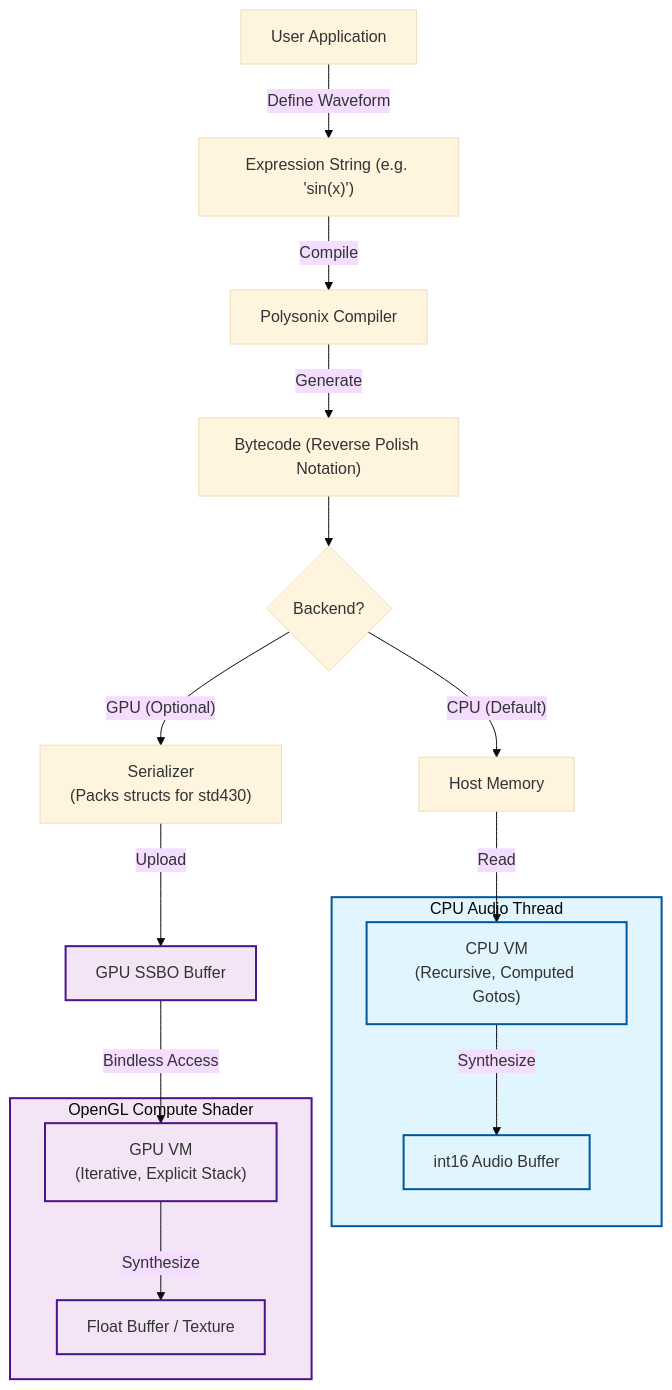
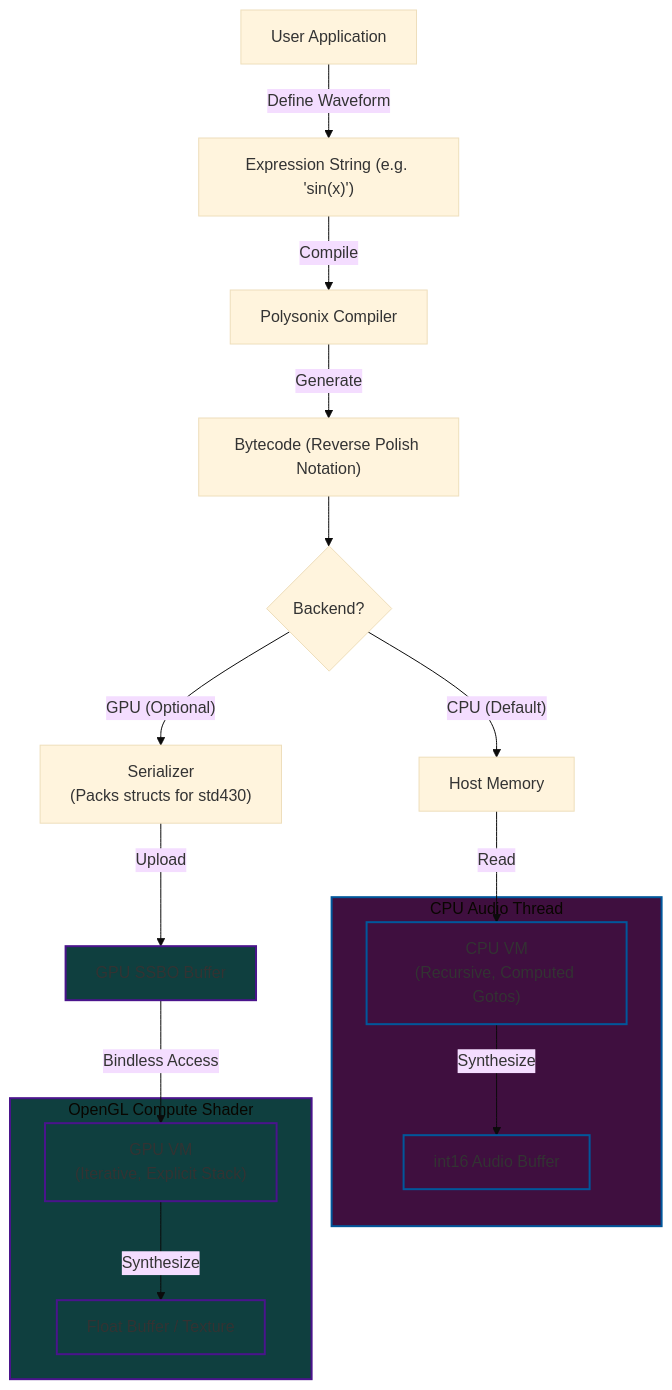
Before and after one commit to jmorel33/polysonix: the diagram in README.md, drawn with Mermaid (base theme).

Commit message:
Modify CPU and GPU class colors in README
Updated color definitions for CPU and GPU styling.

````diff
--- a/README.md
+++ b/README.md
@@ -62,31 +62,31 @@
 ```mermaid
 flowchart TD
     %% Common Frontend
     App[User Application] -->|Define Waveform| Expr["Expression String (e.g. 'sin(x)')"]
     Expr -->|Compile| Compiler[Polysonix Compiler]
     Compiler -->|Generate| Bytecode["Bytecode (Reverse Polish Notation)"]
 
     %% Split
     Bytecode --> Decision{Backend?}
 
     %% CPU Path
     Decision -->|"CPU (Default)"| CPU_Mem[Host Memory]
     CPU_Mem -->|Read| CPU_VM["CPU VM\n(Recursive, Computed Gotos)"]
     subgraph CPU_Execution [CPU Audio Thread]
         CPU_VM -->|Synthesize| CPU_Out[int16 Audio Buffer]
     end
 
     %% GPU Path
     Decision -->|"GPU (Optional)"| Serializer["Serializer\n(Packs structs for std430)"]
     Serializer -->|Upload| SSBO[GPU SSBO Buffer]
     SSBO -->|Bindless Access| GPU_VM["GPU VM\n(Iterative, Explicit Stack)"]
     subgraph GPU_Execution [OpenGL Compute Shader]
         GPU_VM -->|Synthesize| GPU_Out[Float Buffer / Texture]
     end
 
     %% Comparison styling
-    classDef cpu fill:#e1f5fe,stroke:#01579b,stroke-width:2px;
-    classDef gpu fill:#f3e5f5,stroke:#4a148c,stroke-width:2px;
+    classDef cpu fill:#3f0f3f,stroke:#01579b,stroke-width:2px;
+    classDef gpu fill:#0f3f3f,stroke:#4a148c,stroke-width:2px;
     class CPU_VM,CPU_Execution,CPU_Out cpu;
     class GPU_VM,GPU_Execution,GPU_Out,SSBO gpu;
 ```
````
